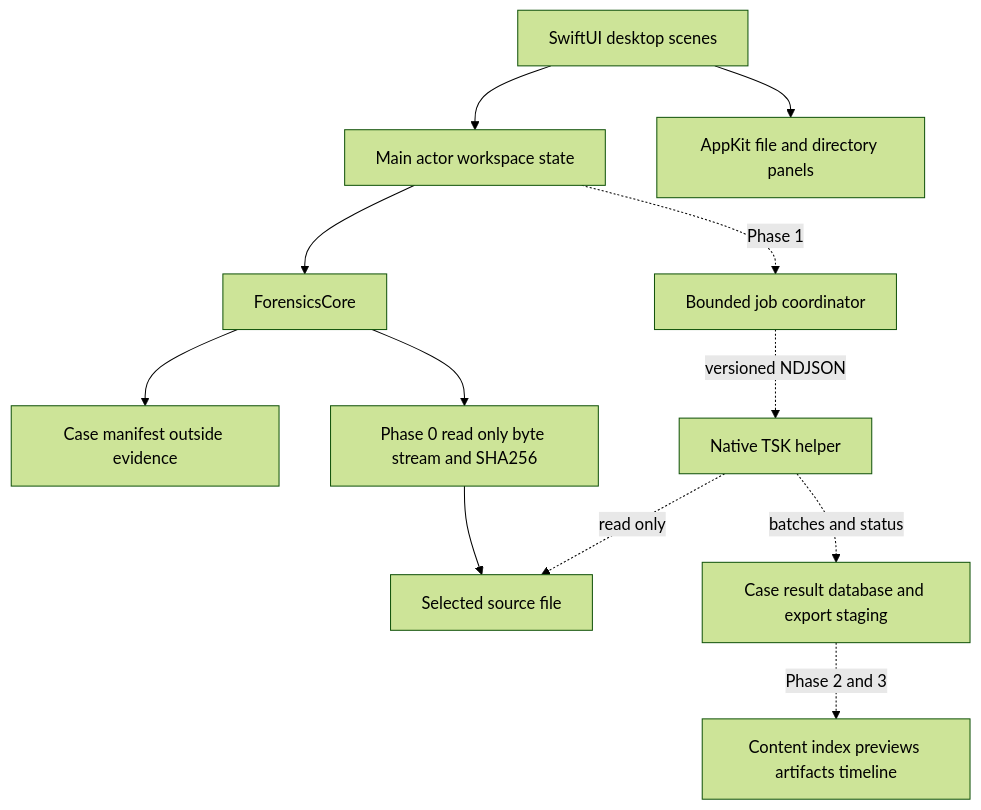
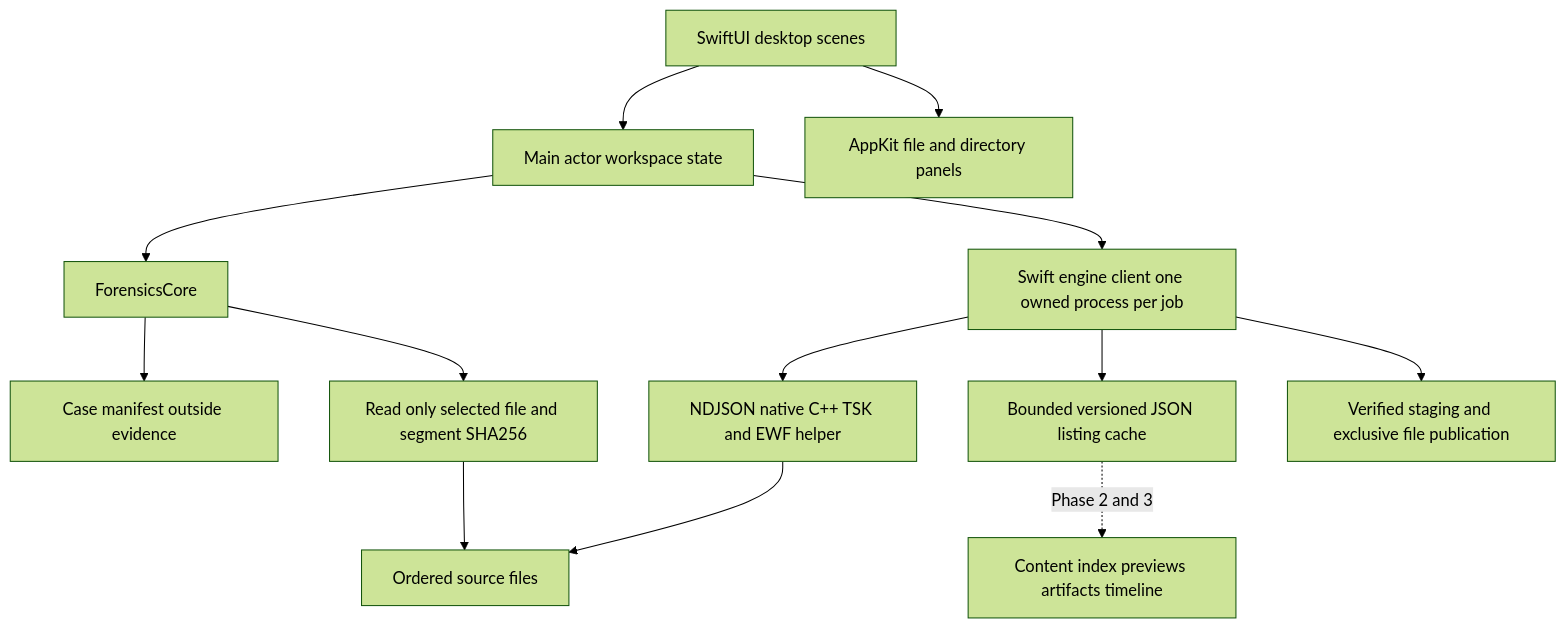
Before and after one commit to Pornmongkolnano/native-forensics: the diagram in docs/ARCHITECTURE.md, drawn with Mermaid (forest theme). The commit also changed other lines of this file and 6 other files, not shown here.

Commit message:
Document Phase 1 validation and enable native CI

````diff
--- a/docs/ARCHITECTURE.md
+++ b/docs/ARCHITECTURE.md
@@ -7,14 +7,15 @@
 ```mermaid
 flowchart TD
     UI[SwiftUI desktop scenes] --> Store[Main actor workspace state]
     UI --> Panels[AppKit file and directory panels]
     Store --> Core[ForensicsCore]
     Core --> Manifest[Case manifest outside evidence]
-    Core --> Hash[Phase 0 read only byte stream and SHA256]
-    Hash --> Evidence[Selected source file]
-    Store -. Phase 1 .-> Jobs[Bounded job coordinator]
-    Jobs -. versioned NDJSON .-> Helper[Native TSK helper]
-    Helper -. read only .-> Evidence
-    Helper -. batches and status .-> Results[Case result database and export staging]
+    Core --> Hash[Read only selected file and segment SHA256]
+    Hash --> Evidence[Ordered source files]
+    Store --> Client[Swift engine client one owned process per job]
+    Client --> Helper[NDJSON native C++ TSK and EWF helper]
+    Helper --> Evidence
+    Client --> Results[Bounded versioned JSON listing cache]
+    Client --> Export[Verified staging and exclusive file publication]
     Results -. Phase 2 and 3 .-> Index[Content index previews artifacts timeline]
 ```
````
